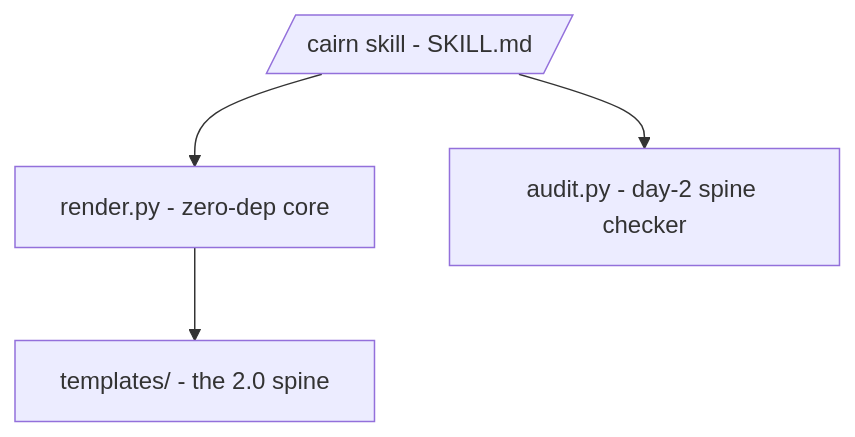
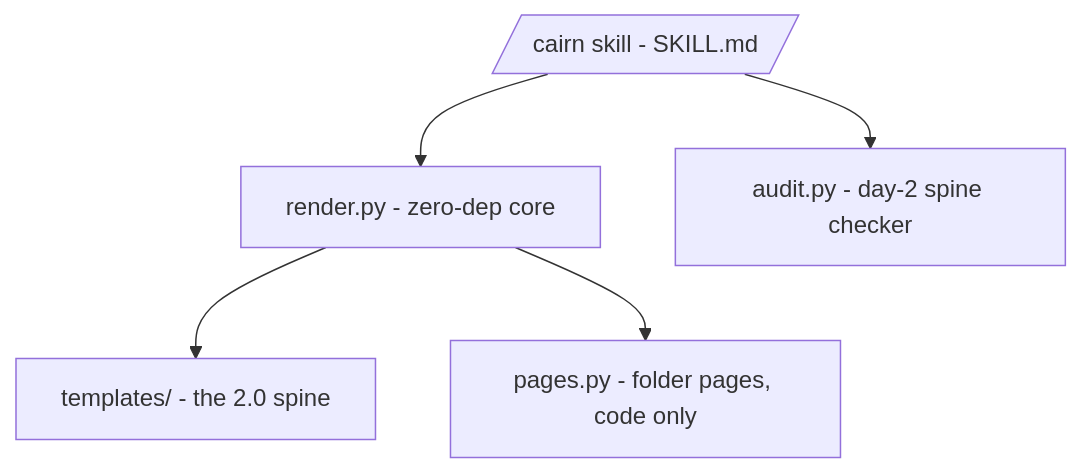
Before and after one commit to JJandDjango/cairn: the diagram in MAP.md, drawn with Mermaid. The commit also changed other lines of this file and 8 other files, not shown here.

First line of the commit message:
Write folder pages for code projects (Pass 2)

````diff
--- a/MAP.md
+++ b/MAP.md
@@ -7,6 +7,7 @@
 ```mermaid
 flowchart TD
     U[/cairn skill - SKILL.md/] --> R[render.py - zero-dep core]
     R --> T[templates/ - the 2.0 spine]
+    R --> P[pages.py - folder pages, code only]
     U --> A[audit.py - day-2 spine checker]
 ```
````
